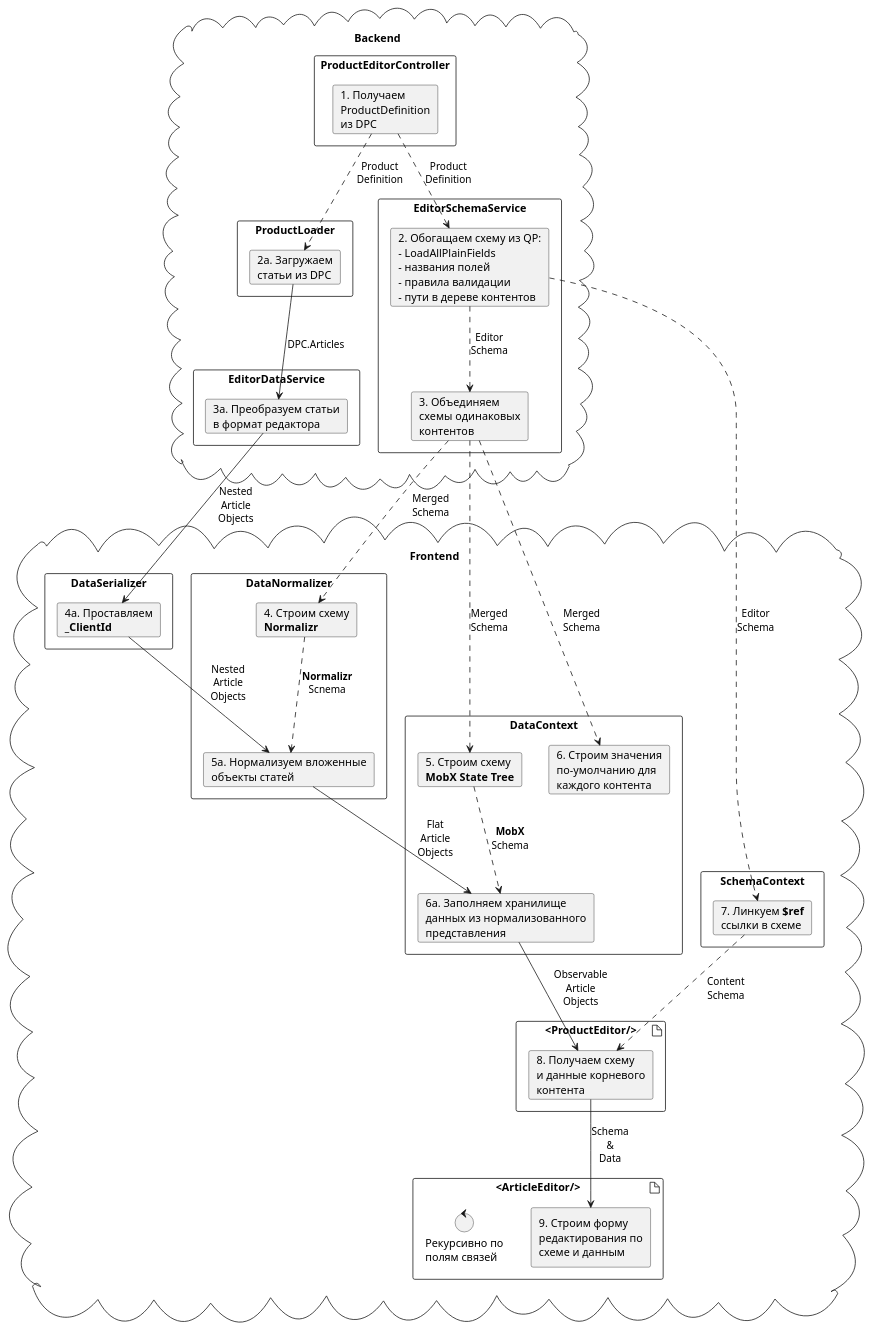
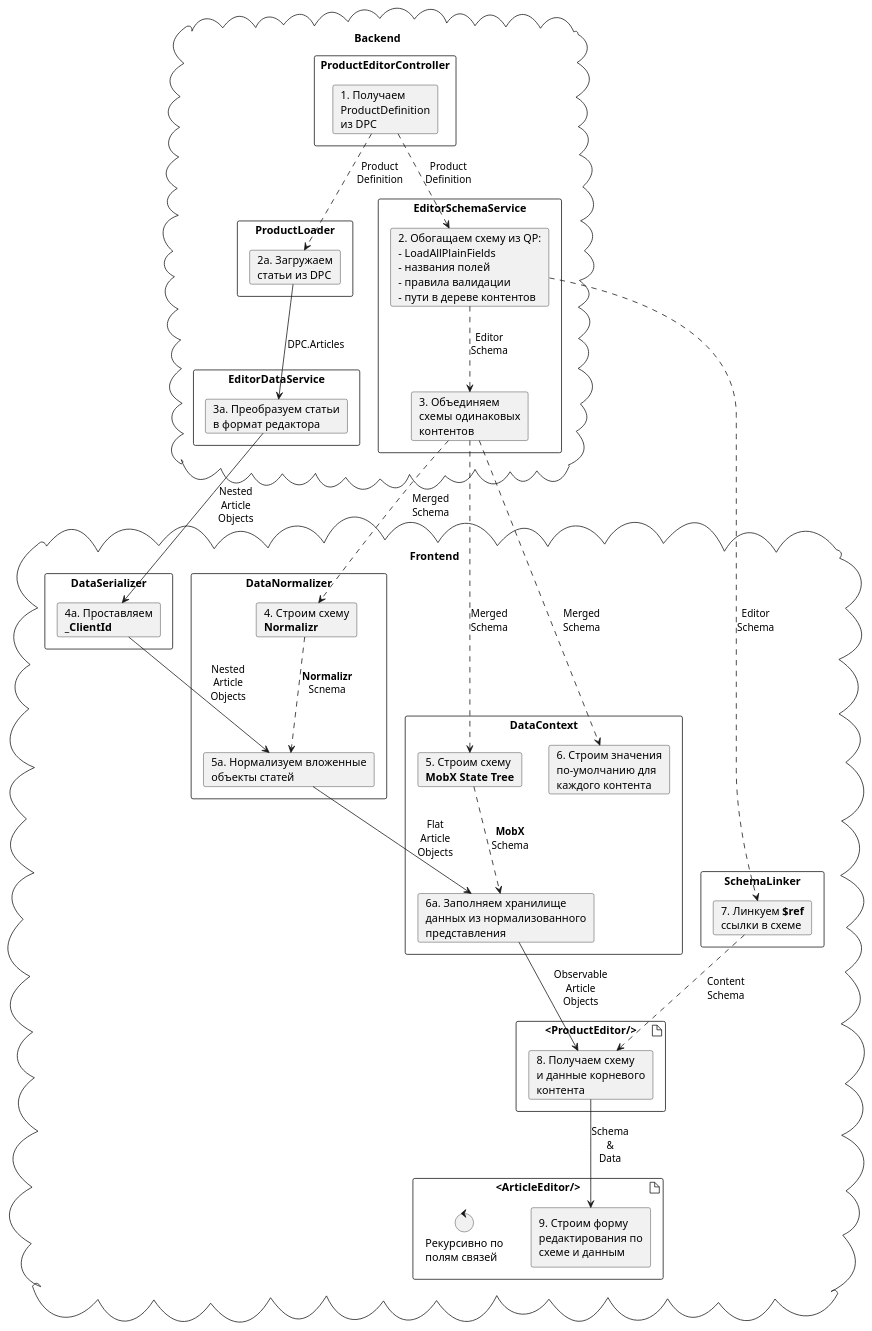
The diagram in QA.ProductCatalog.Admin.WebApp/Docs/ProductEditor/DataTransformations.puml (QuantumArt/QA.DPC), drawn with PlantUML before and after one commit. The commit also changed 4 other files, not shown here.

```diff
--- a/QA.ProductCatalog.Admin.WebApp/Docs/ProductEditor/DataTransformations.puml
+++ b/QA.ProductCatalog.Admin.WebApp/Docs/ProductEditor/DataTransformations.puml
@@ -1,135 +1,135 @@
 @startuml DataTransformations
 
 cloud Backend {
   rectangle ProductEditorController {
     card GetDefinition [
       1. Получаем
       ProductDefinition
       из DPC
     ]
   }
 
   rectangle ProductLoader {
     card LoadArticles [
       2a. Загружаем
       статьи из DPC
     ]
   }
 
   GetDefinition ..> LoadArticles: Product\nDefinition
 
   rectangle EditorDataService {
     card ConvertArticles [
       3a. Преобразуем статьи
       в формат редактора
     ]
   }
 
   LoadArticles ==> ConvertArticles: DPC.Articles
 
   rectangle EditorSchemaService {
     card GetPlainFields [
       2. Обогащаем схему из QP:
       - LoadAllPlainFields
       - названия полей
       - правила валидации
       - пути в дереве контентов
     ]
 
     card MergeSchema [
       3. Объединяем
       схемы одинаковых
       контентов
     ]
 
     GetPlainFields ..> MergeSchema: Editor\nSchema
   }
 
   GetDefinition ..> GetPlainFields: Product\nDefinition
 }
 
 cloud Frontend {
   rectangle DataSerializer {
     card MapClientId [
       4a. Проставляем
       <b>_ClientId
     ]
   }
 
   rectangle DataNormalizer {
     card NormalizrSchema [
       4. Строим схему
       <b>Normalizr
     ]
 
     card NormalizeArticles [
       5a. Нормализуем вложенные
       объекты статей
     ]
 
     NormalizrSchema ..> NormalizeArticles: <b>Normalizr\nScnema
   }
 
   rectangle DataContext {
     card MobxSchema [
       5. Строим схему
       <b>MobX State Tree
     ]
 
     card DefaultValues [
       6. Строим значения
       по-умолчанию для
       каждого контента
     ]
 
     card InitStore [
       6a. Заполняем хранилище
       данных из нормализованного
       представления
     ]
 
     MobxSchema ..> InitStore: <b>MobX\nSchema
   }
 
-  rectangle SchemaContext {
+  rectangle SchemaLinker {
     card LinkSchema [
       7. Линкуем <b>$ref
       ссылки в схеме
     ]
   }
 
   artifact <ProductEditor/> {
     card RootContent [
       8. Получаем схему
       и данные корневого
       контента
     ]
   }
 
   artifact <ArticleEditor/> {
     rectangle EditorForm [
       9. Строим форму
       редактирования по
       схеме и данным
     ]
 
     control Recursion [
       Рекурсивно по
       полям связей
     ]
   }
 
   LinkSchema ..> RootContent: Content\nSchema
   NormalizeArticles ==> InitStore: Flat\nArticle\nObjects
   InitStore ==> RootContent: Observable\nArticle\nObjects
   RootContent ==> EditorForm: Schema\n&\nData
 }
 
 GetPlainFields ..> LinkSchema: Editor\nSchema
 MergeSchema ..> NormalizrSchema: Merged\nSchema
 MergeSchema ..> MobxSchema: Merged\nSchema
 MergeSchema ..> DefaultValues: Merged\nSchema
 ConvertArticles ==> MapClientId: Nested\nArticle\nObjects
 MapClientId ==> NormalizeArticles: Nested\nArticle\nObjects
 
 @enduml
```
